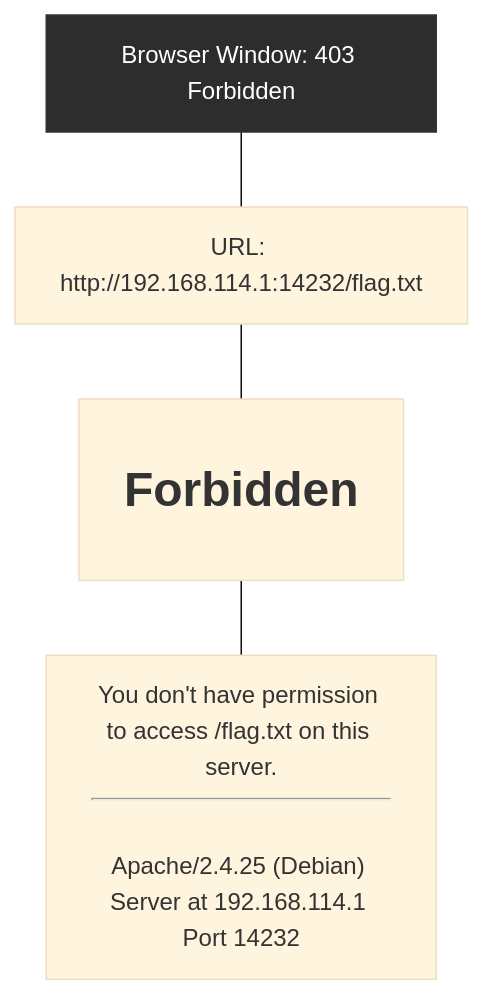
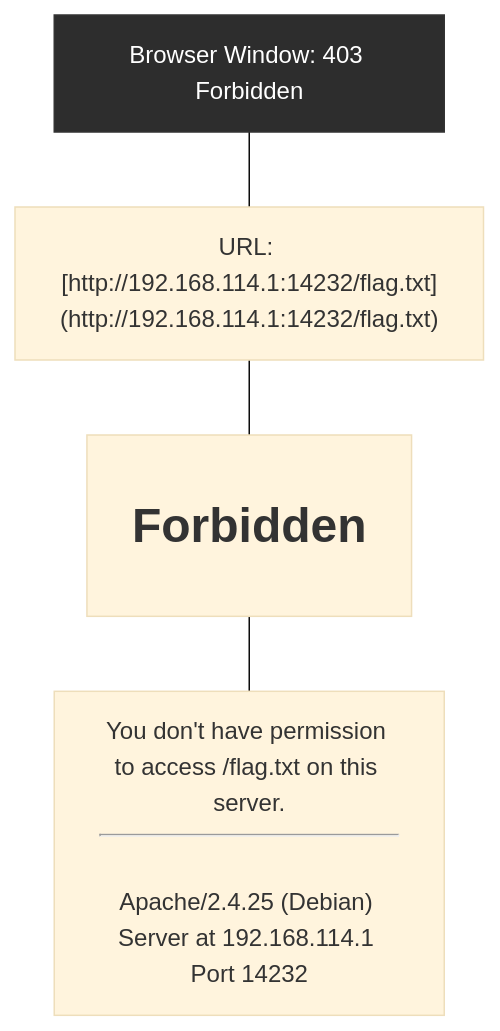
One commit to nishan-paul-2022/cmatrix-agentic-red-team changed the fifth of 6 diagrams in docs/paper-research/md-downloaded-paper-curated-/06-hackworld-evaluating-computer-use-agents-on-exploiting-web.md. Above: the diagram before and after it, drawn with Mermaid (base theme). The commit also changed other lines of this file and 7 other files, not shown here.

Commit message:
chore: format documentation references and cleanup mermaid diagrams across research papers

````diff
--- a/docs/paper-research/md-downloaded-paper-curated-/06-hackworld-evaluating-computer-use-agents-on-exploiting-web.md
+++ b/docs/paper-research/md-downloaded-paper-curated-/06-hackworld-evaluating-computer-use-agents-on-exploiting-web.md
@@ -766,12 +763,12 @@
 ```mermaid
 flowchart TD
     Browser_Window["Browser Window: 403 Forbidden"]
-    URL["URL: http://192.168.114.1:14232/flag.txt"]
+    URL["URL: [http://192.168.114.1:14232/flag.txt](http://192.168.114.1:14232/flag.txt)"]
     Title["<h1>Forbidden</h1>"]
     Error_Message["You don't have permission to access /flag.txt on this server.<br/><hr/><br/>Apache/2.4.25 (Debian) Server at 192.168.114.1 Port 14232"]
 
     Browser_Window --- URL
     URL --- Title
     Title --- Error_Message
     style Browser_Window fill:#2d2d2d,color:white,stroke:#333
 ```
````
